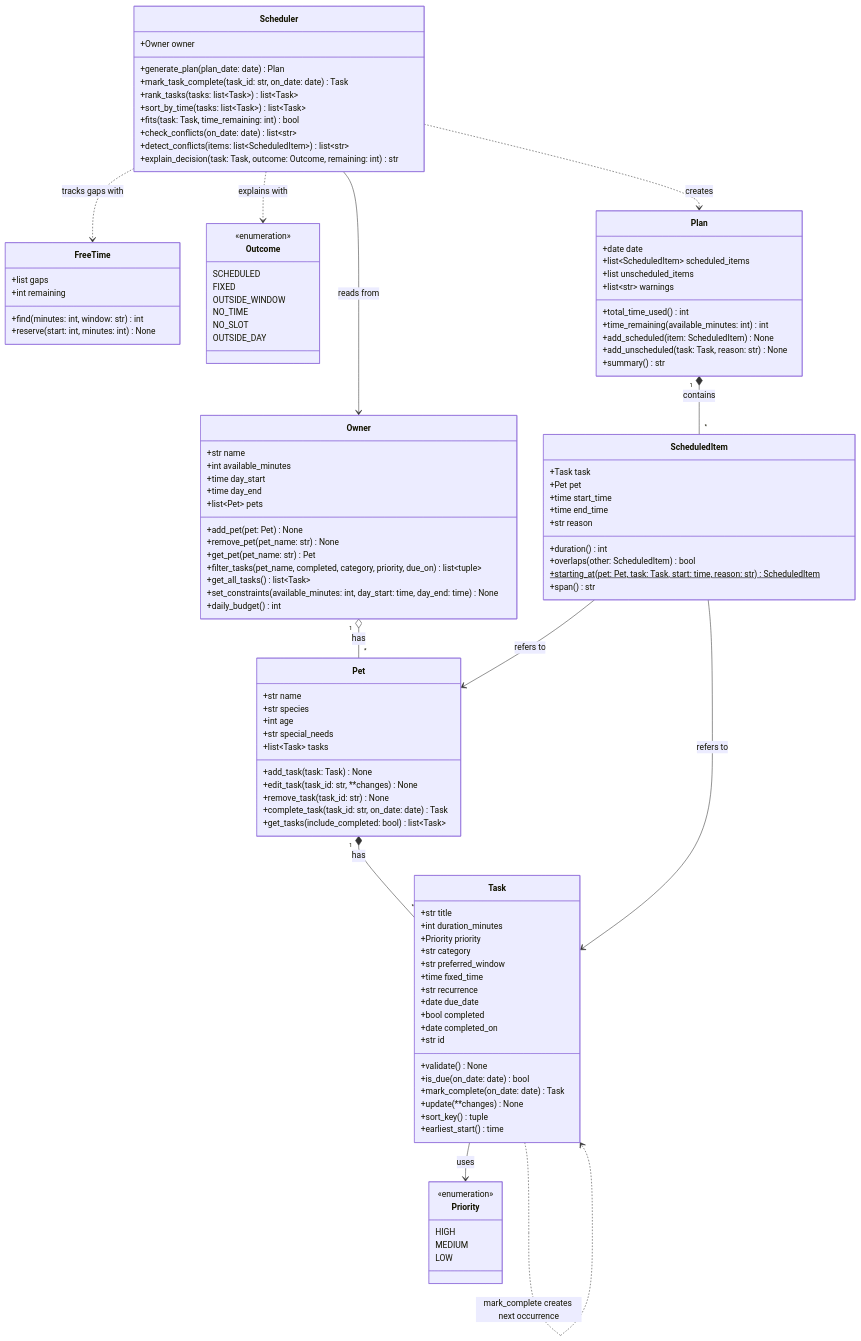
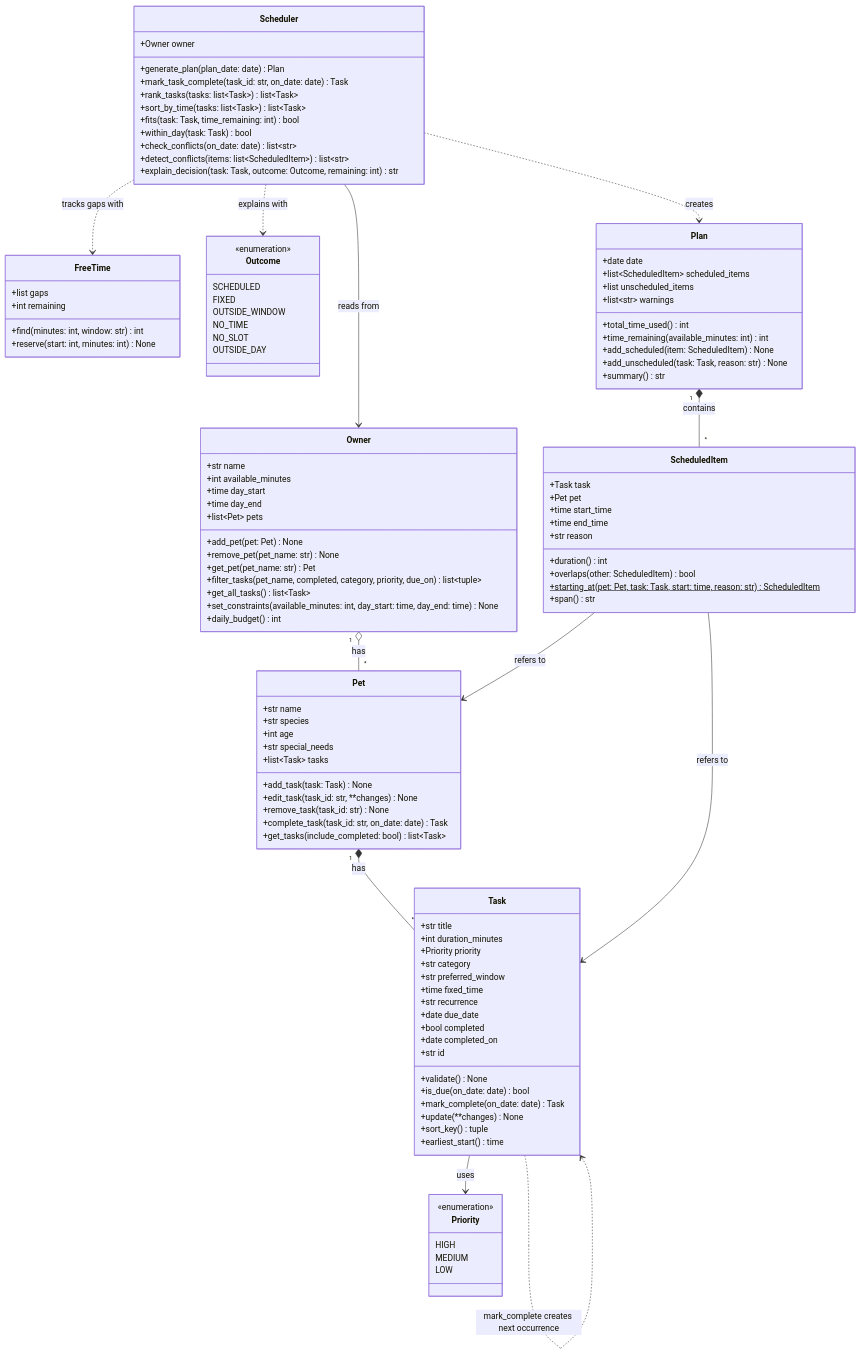
The diagram in diagrams/uml.mmd (afeawoL/ai110-module2show-pawpal-starter), drawn with Mermaid before and after one commit. The commit also changed 5 other files, not shown here.

```diff
--- a/diagrams/uml.mmd
+++ b/diagrams/uml.mmd
@@ -1,122 +1,123 @@
 classDiagram
     %% Keep this file updated so it matches your final implementation.
 
     class Owner {
         +str name
         +int available_minutes
         +time day_start
         +time day_end
         +list~Pet~ pets
         +add_pet(pet: Pet) None
         +remove_pet(pet_name: str) None
         +get_pet(pet_name: str) Pet
         +filter_tasks(pet_name, completed, category, priority, due_on) list~tuple~
         +get_all_tasks() list~Task~
         +set_constraints(available_minutes: int, day_start: time, day_end: time) None
         +daily_budget() int
     }
 
     class Pet {
         +str name
         +str species
         +int age
         +str special_needs
         +list~Task~ tasks
         +add_task(task: Task) None
         +edit_task(task_id: str, **changes) None
         +remove_task(task_id: str) None
         +complete_task(task_id: str, on_date: date) Task
         +get_tasks(include_completed: bool) list~Task~
     }
 
     class Task {
         +str title
         +int duration_minutes
         +Priority priority
         +str category
         +str preferred_window
         +time fixed_time
         +str recurrence
         +date due_date
         +bool completed
         +date completed_on
         +str id
         +validate() None
         +is_due(on_date: date) bool
         +mark_complete(on_date: date) Task
         +update(**changes) None
         +sort_key() tuple
         +earliest_start() time
     }
 
     class Priority {
         <<enumeration>>
         HIGH
         MEDIUM
         LOW
     }
 
     class Scheduler {
         +Owner owner
         +generate_plan(plan_date: date) Plan
         +mark_task_complete(task_id: str, on_date: date) Task
         +rank_tasks(tasks: list~Task~) list~Task~
         +sort_by_time(tasks: list~Task~) list~Task~
         +fits(task: Task, time_remaining: int) bool
+        +within_day(task: Task) bool
         +check_conflicts(on_date: date) list~str~
         +detect_conflicts(items: list~ScheduledItem~) list~str~
         +explain_decision(task: Task, outcome: Outcome, remaining: int) str
     }
 
     class ScheduledItem {
         +Task task
         +Pet pet
         +time start_time
         +time end_time
         +str reason
         +duration() int
         +overlaps(other: ScheduledItem) bool
         +starting_at(pet: Pet, task: Task, start: time, reason: str)$ ScheduledItem
         +span() str
     }
 
     class FreeTime {
         +list gaps
         +int remaining
         +find(minutes: int, window: str) int
         +reserve(start: int, minutes: int) None
     }
 
     class Outcome {
         <<enumeration>>
         SCHEDULED
         FIXED
         OUTSIDE_WINDOW
         NO_TIME
         NO_SLOT
         OUTSIDE_DAY
     }
 
     class Plan {
         +date date
         +list~ScheduledItem~ scheduled_items
         +list unscheduled_items
         +list~str~ warnings
         +total_time_used() int
         +time_remaining(available_minutes: int) int
         +add_scheduled(item: ScheduledItem) None
         +add_unscheduled(task: Task, reason: str) None
         +summary() str
     }
 
     Owner "1" o-- "*" Pet : has
     Pet "1" *-- "*" Task : has
     Task --> Priority : uses
     Task ..> Task : mark_complete creates next occurrence
     Scheduler --> Owner : reads from
     Scheduler ..> Plan : creates
     Scheduler ..> FreeTime : tracks gaps with
     Scheduler ..> Outcome : explains with
     Plan "1" *-- "*" ScheduledItem : contains
     ScheduledItem --> Task : refers to
     ScheduledItem --> Pet : refers to
```
